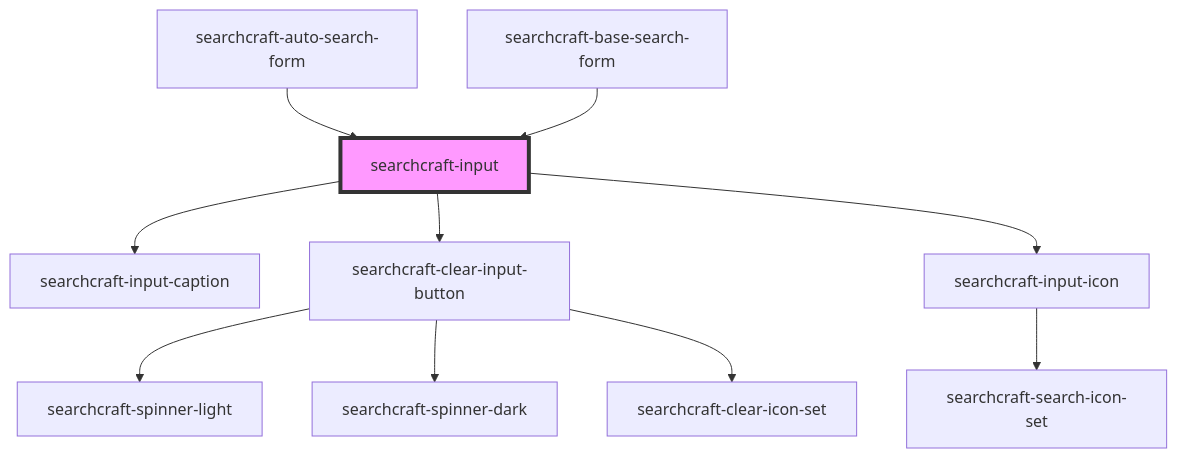
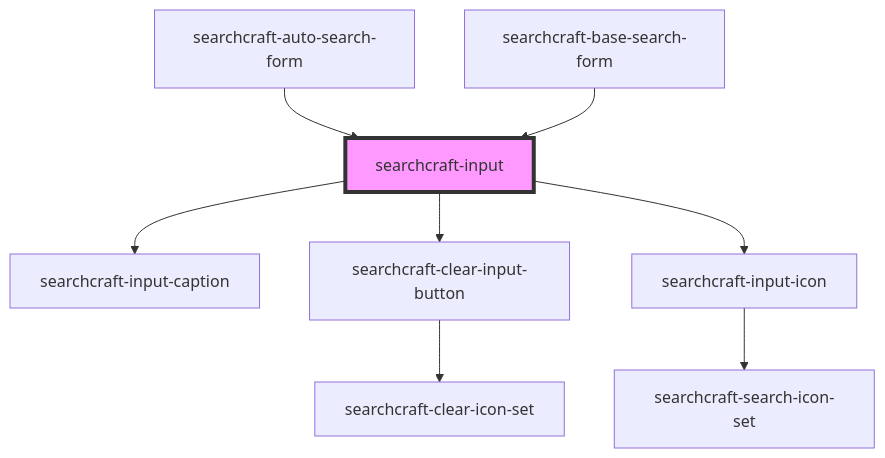
One commit to searchcraft-inc/searchcraft-javascript-sdks changed the diagram in packages/javascript-sdk/src/components/searchcraft-input/readme.md. Above: the diagram before and after it, drawn with Mermaid. The commit also changed 47 other files, not shown here.

````diff
--- a/packages/javascript-sdk/src/components/searchcraft-input/readme.md
+++ b/packages/javascript-sdk/src/components/searchcraft-input/readme.md
@@ -49,13 +49,11 @@
 ```mermaid
 graph TD;
   searchcraft-input --> searchcraft-input-caption
   searchcraft-input --> searchcraft-clear-input-button
   searchcraft-input --> searchcraft-input-icon
-  searchcraft-clear-input-button --> searchcraft-spinner-light
-  searchcraft-clear-input-button --> searchcraft-spinner-dark
   searchcraft-clear-input-button --> searchcraft-clear-icon-set
   searchcraft-input-icon --> searchcraft-search-icon-set
   searchcraft-auto-search-form --> searchcraft-input
   searchcraft-base-search-form --> searchcraft-input
   style searchcraft-input fill:#f9f,stroke:#333,stroke-width:4px
 ```
````
